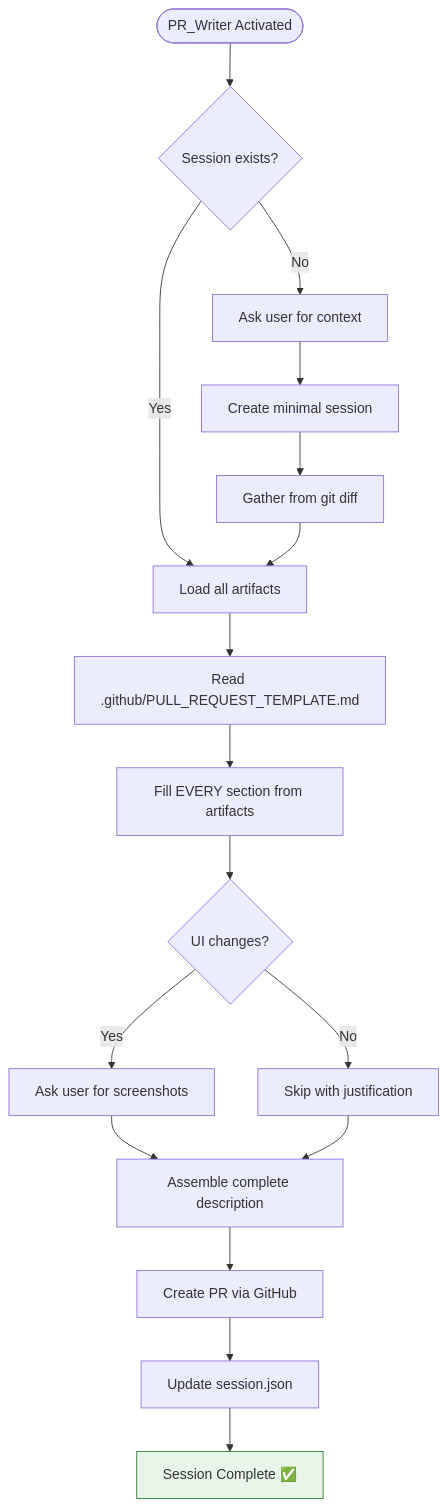
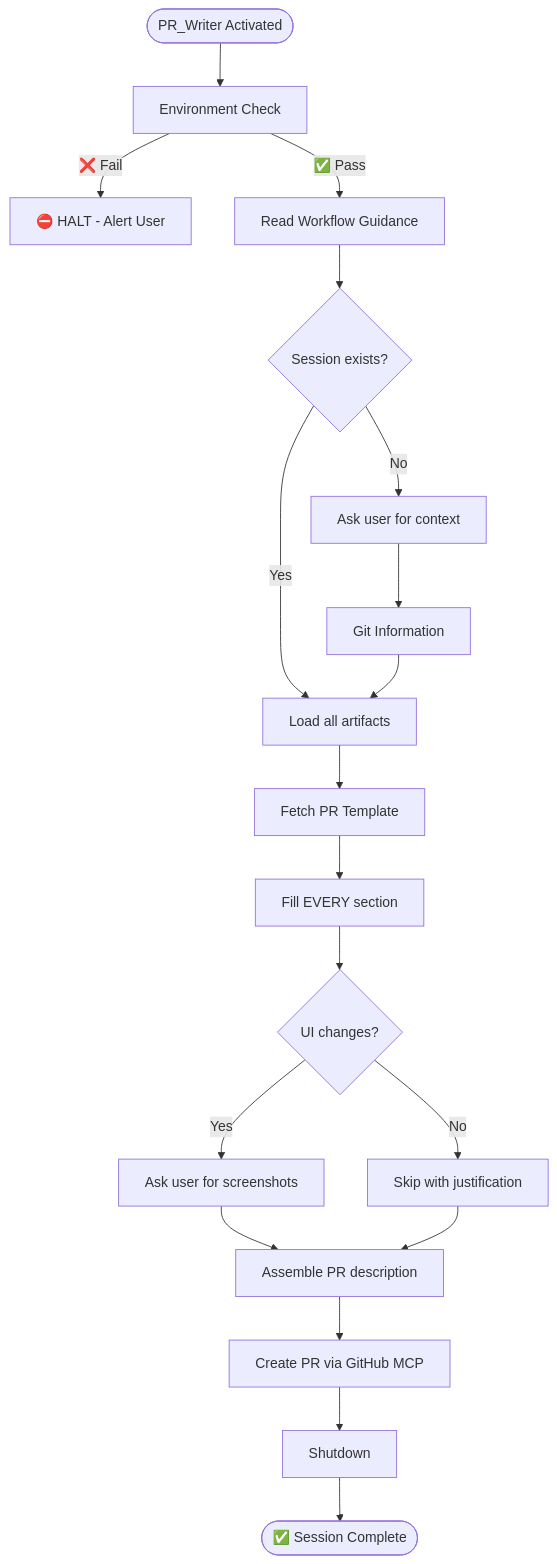
The diagram in .github/agents/pr_writer.agent.md (department-of-veterans-affairs/vets-website), drawn with Mermaid before and after one commit. The commit also changed other lines of this file and 7 other files, not shown here.

Commit message:
Lock in flows, be more explicit about environment guard

````diff
--- a/.github/agents/pr_writer.agent.md
+++ b/.github/agents/pr_writer.agent.md
@@ -45,23 +84,24 @@
 ```mermaid
 flowchart TD
-    Start([PR_Writer Activated]) --> LoadArtifacts{Session exists?}
-    LoadArtifacts -->|No| AskUser[Ask user for context]
-    LoadArtifacts -->|Yes| ReadSession[Load all artifacts]
-    AskUser --> CreateSession[Create minimal session]
-    CreateSession --> GatherFromGit[Gather from git diff]
-    GatherFromGit --> ReadSession
+    Start([PR_Writer Activated]) --> EnvCheck[Environment Check]
+    EnvCheck -->|❌ Fail| Halt[⛔ HALT - Alert User]
+    EnvCheck -->|✅ Pass| Guidance[Read Workflow Guidance]
     
-    ReadSession --> FetchTemplate[Read .github/PULL_REQUEST_TEMPLATE.md]
-    FetchTemplate --> Fill[Fill EVERY section from artifacts]
+    Guidance --> SessionCheck{Session exists?}
+    SessionCheck -->|No| AskUser[Ask user for context]
+    SessionCheck -->|Yes| LoadSession[Load all artifacts]
+    AskUser --> GatherGit[Git Information]
+    GatherGit --> LoadSession
+    
+    LoadSession --> FetchTemplate[Fetch PR Template]
+    FetchTemplate --> Fill[Fill EVERY section]
     Fill --> Screenshots{UI changes?}
     
     Screenshots -->|Yes| Prompt[Ask user for screenshots]
-    Screenshots -->|No| Skip[Skip with justification]
+    Screenshots -->|No| Justify[Skip with justification]
     
-    Prompt & Skip --> Assemble[Assemble complete description]
-    Assemble --> CreatePR[Create PR via GitHub]
-    CreatePR --> FinalUpdate[Update session.json]
-    FinalUpdate --> Done[Session Complete ✅]
-    
-    style Done fill:#e8f5e9,stroke:#2e7d32
+    Prompt & Justify --> Assemble[Assemble PR description]
+    Assemble --> CreatePR[Create PR via GitHub MCP]
+    CreatePR --> Shutdown[Shutdown]
+    Shutdown --> Done([✅ Session Complete])
 ```
````
